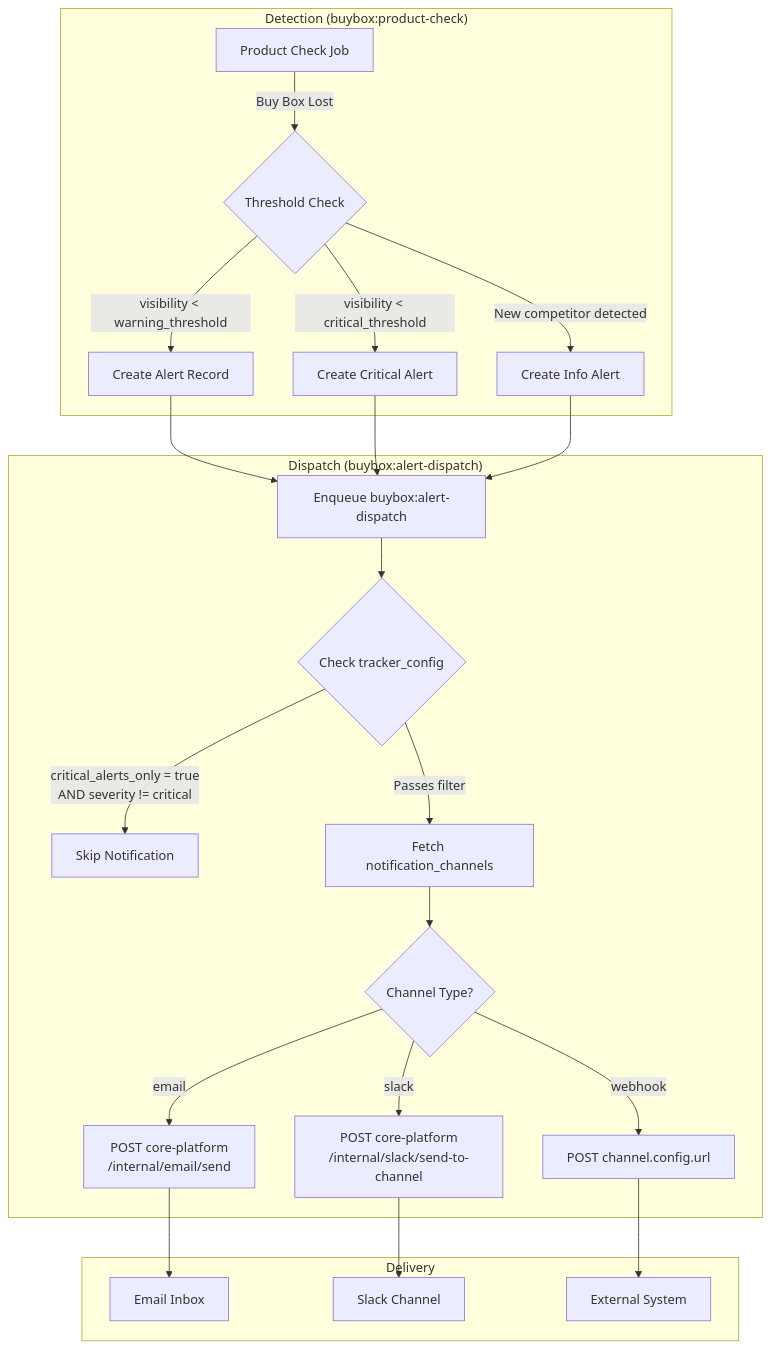
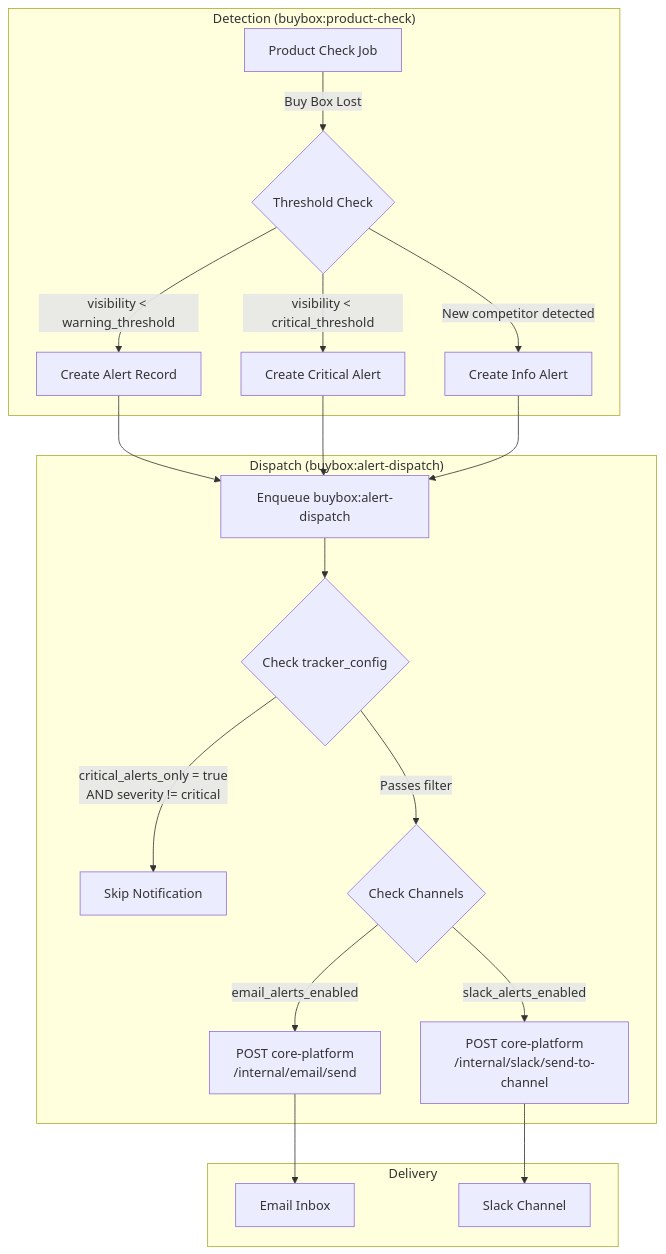
The second of 6 diagrams in docs/flow_diagrams.md (salesduo-arnav/sd-buybox), drawn with Mermaid before and after one commit. The commit also changed other lines of this file and 4 other files, not shown here.

````diff
--- a/docs/flow_diagrams.md
+++ b/docs/flow_diagrams.md
@@ -72,30 +72,27 @@
 ```mermaid
 graph TD
     subgraph "Detection (buybox:product-check)"
         A[Product Check Job] -->|Buy Box Lost| B{Threshold Check}
         B -->|visibility < warning_threshold| C[Create Alert Record]
         B -->|visibility < critical_threshold| D[Create Critical Alert]
         B -->|New competitor detected| E[Create Info Alert]
     end
 
     C --> F[Enqueue buybox:alert-dispatch]
     D --> F
     E --> F
 
     subgraph "Dispatch (buybox:alert-dispatch)"
         F --> G{Check tracker_config}
         G -->|critical_alerts_only = true<br/>AND severity != critical| H[Skip Notification]
-        G -->|Passes filter| I[Fetch notification_channels]
+        G -->|Passes filter| I{Check Channels}
 
-        I --> J{Channel Type?}
-        J -->|email| K["POST core-platform<br/>/internal/email/send"]
-        J -->|slack| L["POST core-platform<br/>/internal/slack/send-to-channel"]
-        J -->|webhook| M["POST channel.config.url"]
+        I -->|email_alerts_enabled| K["POST core-platform<br/>/internal/email/send"]
+        I -->|slack_alerts_enabled| L["POST core-platform<br/>/internal/slack/send-to-channel"]
     end
 
     subgraph "Delivery"
         K --> N[Email Inbox]
         L --> O[Slack Channel]
-        M --> P[External System]
     end
 ```
````
